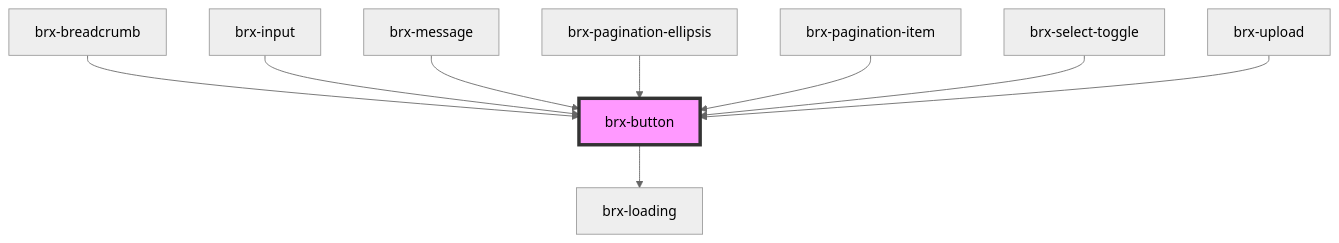
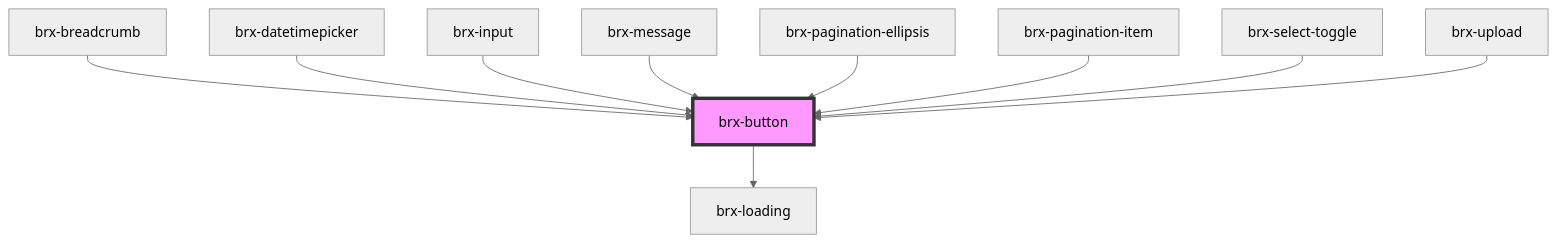
Before and after one commit to copperui/copperui: the diagram in packages/core/src/components/brx-button/readme.md, drawn with Mermaid (neutral theme). The commit also changed other lines of this file and 15 other files, not shown here.

Commit message:
feat(core): components: brx-datetimepicker (#53) [WIP]

````diff
--- a/packages/core/src/components/brx-button/readme.md
+++ b/packages/core/src/components/brx-button/readme.md
@@ -56,12 +57,13 @@
 ```mermaid
 graph TD;
   brx-button --> brx-loading
   brx-breadcrumb --> brx-button
+  brx-datetimepicker --> brx-button
   brx-input --> brx-button
   brx-message --> brx-button
   brx-pagination-ellipsis --> brx-button
   brx-pagination-item --> brx-button
   brx-select-toggle --> brx-button
   brx-upload --> brx-button
   style brx-button fill:#f9f,stroke:#333,stroke-width:4px
 ```
````
